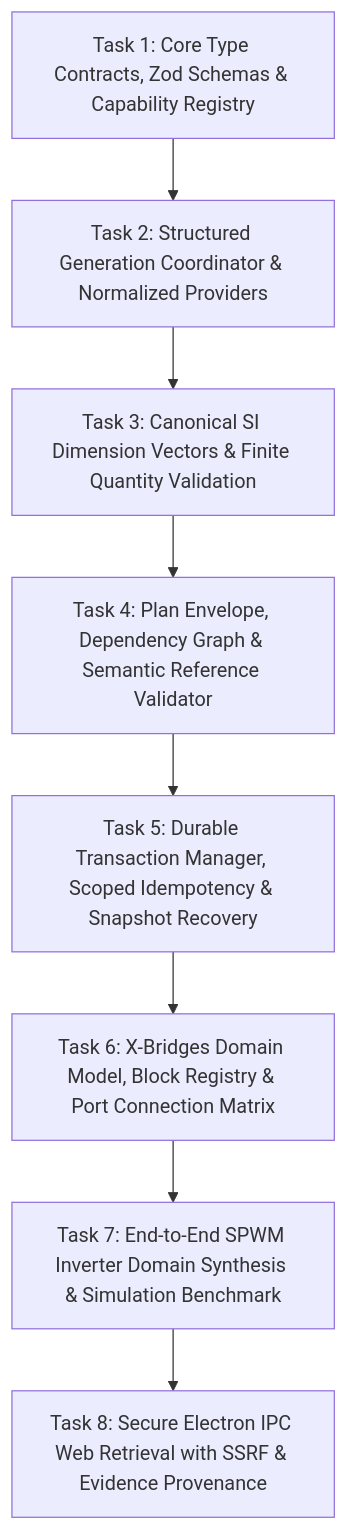
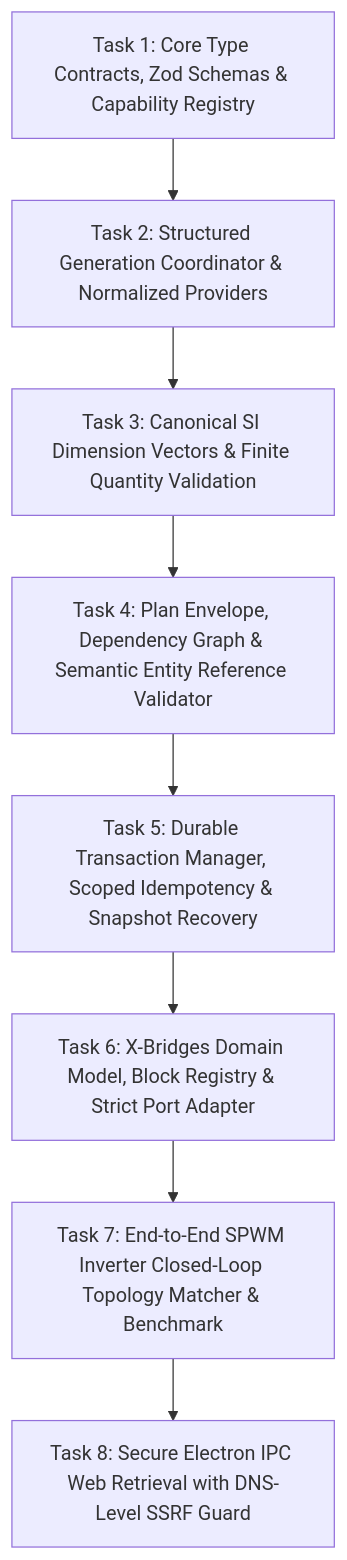
One commit to bassembiomy/ADAI- changed the diagram in docs/superpowers/plans/2026-08-18-adia-autonomous-ai-copilot.md. Above: the diagram before and after it, drawn with Mermaid. The commit also changed other lines of this file, not shown here.

Commit message:
docs: finalize autonomous AI Copilot master implementation plan v3.1 with DNS SSRF guard, staged transactions, and full topology matcher

````diff
--- a/docs/superpowers/plans/2026-08-18-adia-autonomous-ai-copilot.md
+++ b/docs/superpowers/plans/2026-08-18-adia-autonomous-ai-copilot.md
@@ -31,10 +31,10 @@
 ```mermaid
 flowchart TD
     T1["Task 1: Core Type Contracts, Zod Schemas & Capability Registry"] --> T2["Task 2: Structured Generation Coordinator & Normalized Providers"]
     T2 --> T3["Task 3: Canonical SI Dimension Vectors & Finite Quantity Validation"]
-    T3 --> T4["Task 4: Plan Envelope, Dependency Graph & Semantic Reference Validator"]
+    T3 --> T4["Task 4: Plan Envelope, Dependency Graph & Semantic Entity Reference Validator"]
     T4 --> T5["Task 5: Durable Transaction Manager, Scoped Idempotency & Snapshot Recovery"]
-    T5 --> T6["Task 6: X-Bridges Domain Model, Block Registry & Port Connection Matrix"]
-    T6 --> T7["Task 7: End-to-End SPWM Inverter Domain Synthesis & Simulation Benchmark"]
-    T7 --> T8["Task 8: Secure Electron IPC Web Retrieval with SSRF & Evidence Provenance"]
+    T5 --> T6["Task 6: X-Bridges Domain Model, Block Registry & Strict Port Adapter"]
+    T6 --> T7["Task 7: End-to-End SPWM Inverter Closed-Loop Topology Matcher & Benchmark"]
+    T7 --> T8["Task 8: Secure Electron IPC Web Retrieval with DNS-Level SSRF Guard"]
 ```
````
